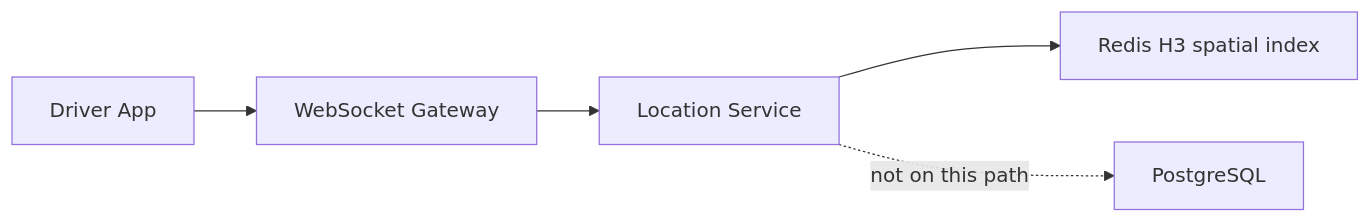
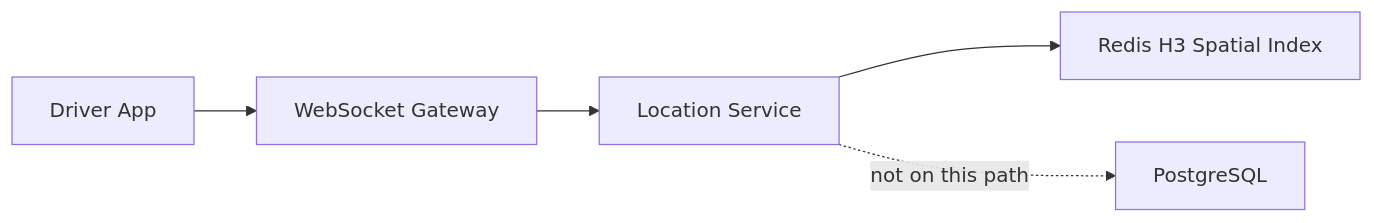
Before and after one commit to mostafiz57/Software-Architecture-Playbook: the ninth of 17 diagrams in case-studies/mobility-delivery-platform/README.md, drawn with Mermaid. The commit also changed other lines of this file, not shown here.

````diff
--- a/case-studies/mobility-delivery-platform/README.md
+++ b/case-studies/mobility-delivery-platform/README.md
@@ -360,8 +360,7 @@
 ```mermaid
 flowchart LR
   App["Driver App"] --> WS["WebSocket Gateway"]
   WS --> Loc["Location Service"]
-  Loc --> Redis["Redis H3 spatial index"]
-
+  Loc --> Redis["Redis H3 Spatial Index"]
   Loc -.->|"not on this path"| PG["PostgreSQL"]
 ```
````
